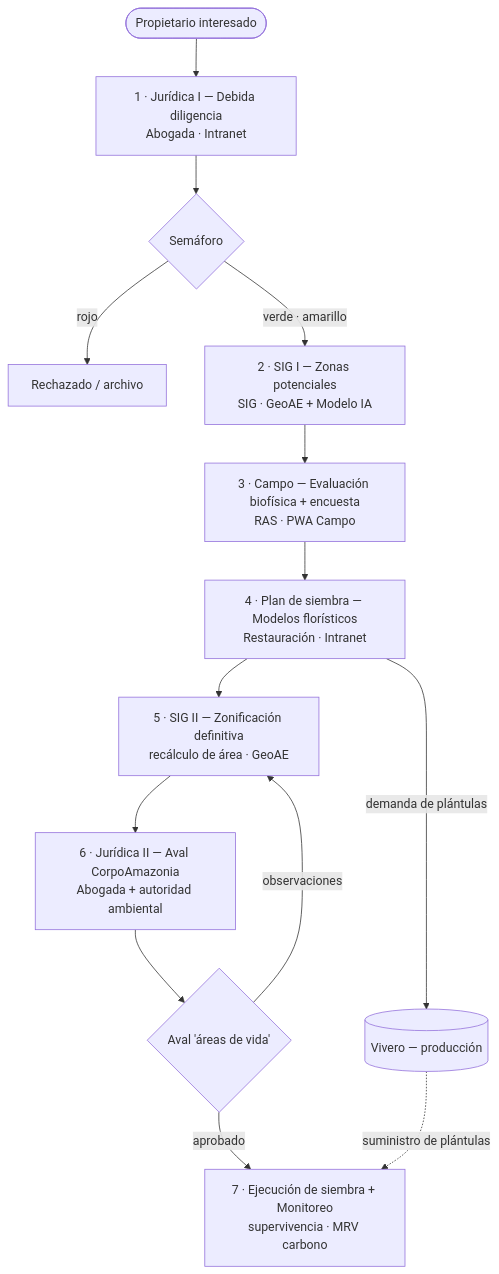
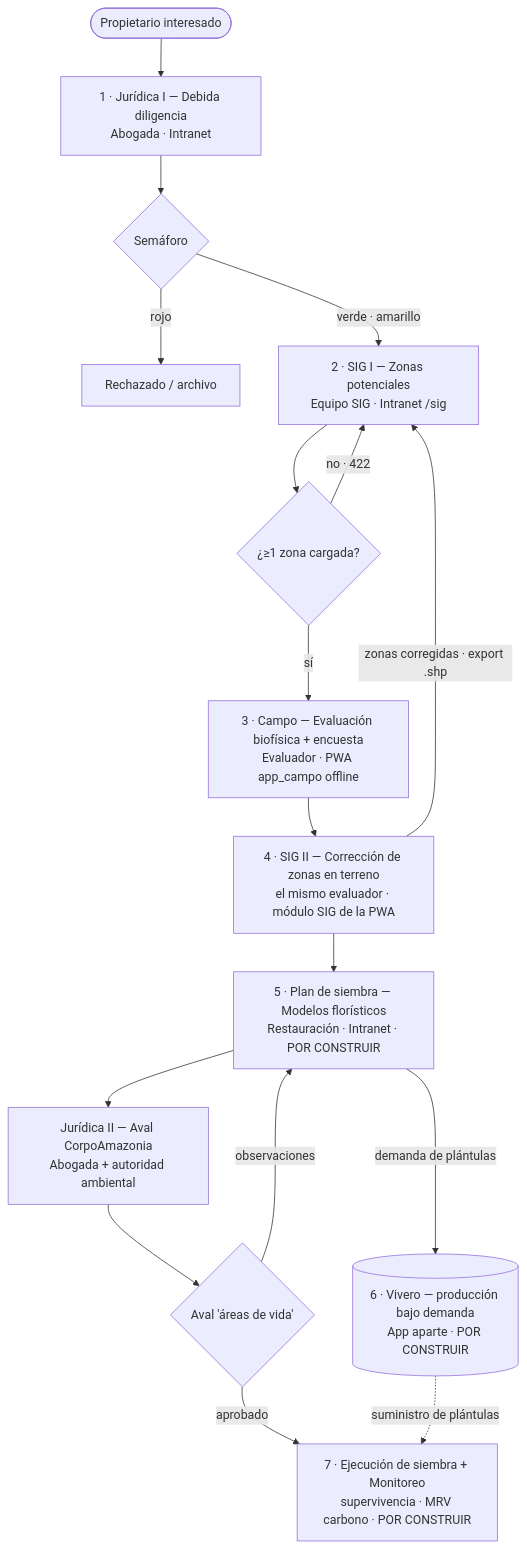
One commit to Alejandrombermudez/Intranet-AE changed the first of 5 diagrams in docs/ARQUITECTURA_ECOSISTEMA.md. Above: the diagram before and after it, drawn with Mermaid. The commit also changed other lines of this file and 15 other files, not shown here.

````diff
--- a/docs/ARQUITECTURA_ECOSISTEMA.md
+++ b/docs/ARQUITECTURA_ECOSISTEMA.md
@@ -35,16 +38,19 @@
 ```mermaid
 flowchart TD
     Start([Propietario interesado]) --> J1[1 · Jurídica I — Debida diligencia<br/>Abogada · Intranet]
     J1 --> G1{Semáforo}
     G1 -->|rojo| Rech[Rechazado / archivo]
-    G1 -->|verde · amarillo| S1[2 · SIG I — Zonas potenciales<br/>SIG · GeoAE + Modelo IA]
-    S1 --> C[3 · Campo — Evaluación biofísica + encuesta<br/>RAS · PWA Campo]
-    C --> P[4 · Plan de siembra — Modelos florísticos<br/>Restauración · Intranet]
-    P -->|demanda de plántulas| V[(Vivero — producción)]
-    P --> S2[5 · SIG II — Zonificación definitiva<br/>recálculo de área · GeoAE]
-    S2 --> J2[6 · Jurídica II — Aval CorpoAmazonia<br/>Abogada + autoridad ambiental]
+    G1 -->|verde · amarillo| S1[2 · SIG I — Zonas potenciales<br/>Equipo SIG · Intranet /sig]
+    S1 --> G0{¿≥1 zona cargada?}
+    G0 -->|no · 422| S1
+    G0 -->|sí| C[3 · Campo — Evaluación biofísica + encuesta<br/>Evaluador · PWA app_campo offline]
+    C --> S2[4 · SIG II — Corrección de zonas en terreno<br/>el mismo evaluador · módulo SIG de la PWA]
+    S2 -->|zonas corregidas · export .shp| S1
+    S2 --> P[5 · Plan de siembra — Modelos florísticos<br/>Restauración · Intranet · POR CONSTRUIR]
+    P -->|demanda de plántulas| V[(6 · Vivero — producción bajo demanda<br/>App aparte · POR CONSTRUIR)]
+    P --> J2[Jurídica II — Aval CorpoAmazonia<br/>Abogada + autoridad ambiental]
     J2 --> G2{Aval 'áreas de vida'}
-    G2 -->|observaciones| S2
-    G2 -->|aprobado| EJ[7 · Ejecución de siembra + Monitoreo<br/>supervivencia · MRV carbono]
+    G2 -->|observaciones| P
+    G2 -->|aprobado| EJ[7 · Ejecución de siembra + Monitoreo<br/>supervivencia · MRV carbono · POR CONSTRUIR]
     V -. suministro de plántulas .-> EJ
 ```
````
